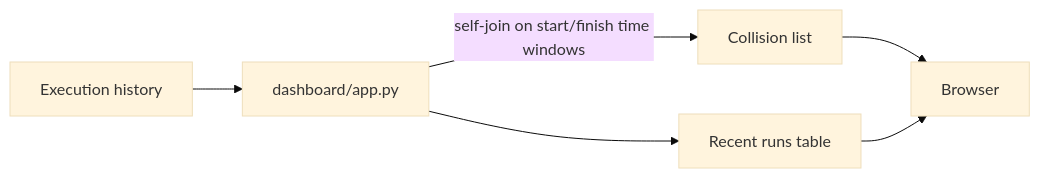
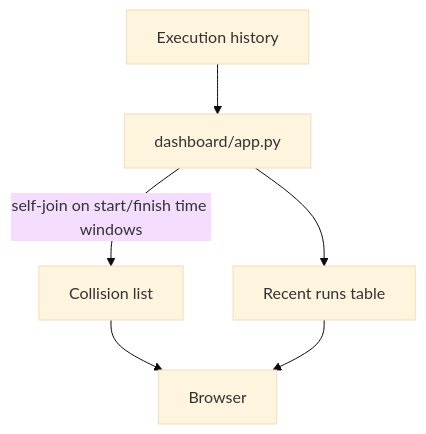
Before and after one commit to paulocremas-showcase/ops-dashboard-demo: the diagram in README.md, drawn with Mermaid (base theme).

Commit message:
docs: orient README flowchart vertically for readability

````diff
--- a/README.md
+++ b/README.md
@@ -23,8 +23,8 @@
 ```mermaid
-flowchart LR
+flowchart TD
     A[Execution history] --> B[dashboard/app.py]
     B -->|self-join on start/finish time windows| C[Collision list]
     B --> D[Recent runs table]
     C --> E[Browser]
     D --> E
 ```
````
